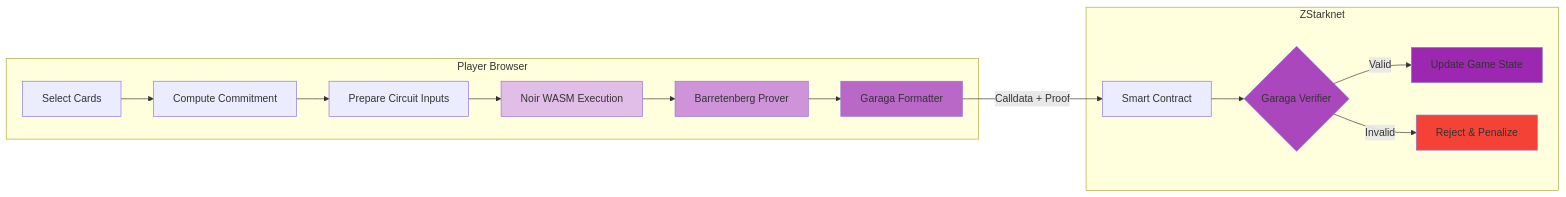
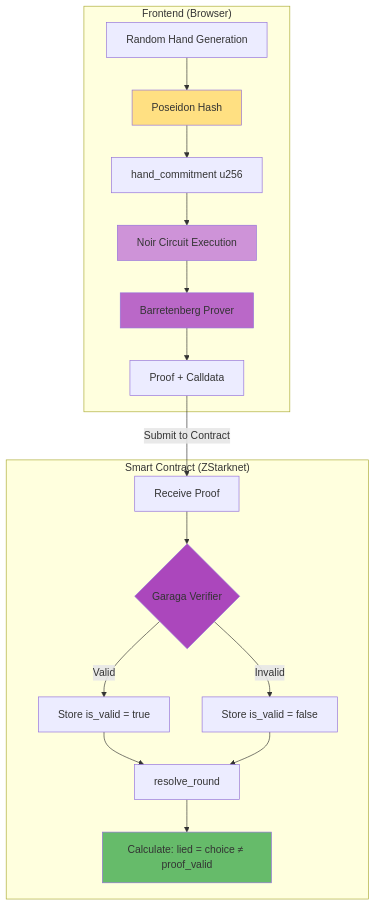
Before and after one commit to dubzn/liars-proof: the fourth of 5 diagrams in GAME_FLOW.md, drawn with Mermaid. The commit also changed other lines of this file, not shown here.

Commit message:
refactor: Simplify game flow documentation to a single-player perspective, defining lying and adding a phase summary table.

````diff
--- a/GAME_FLOW.md
+++ b/GAME_FLOW.md
@@ -308,25 +232,27 @@
 ```mermaid
-flowchart LR
-    subgraph Player["Player Browser"]
-        A[Select Cards] --> B[Compute Commitment]
-        B --> C[Prepare Circuit Inputs]
-        C --> D[Noir WASM Execution]
+flowchart TB
+    subgraph Frontend["Frontend (Browser)"]
+        A[Random Hand Generation] --> B[Poseidon Hash]
+        B --> C[hand_commitment u256]
+        C --> D[Noir Circuit Execution]
         D --> E[Barretenberg Prover]
-        E --> F[Garaga Formatter]
+        E --> F[Proof + Calldata]
     end
 
-    subgraph Blockchain["ZStarknet"]
-        G[Smart Contract] --> H{Garaga Verifier}
-        H -->|Valid| I[Update Game State]
-        H -->|Invalid| J[Reject & Penalize]
+    subgraph Contract["Smart Contract (ZStarknet)"]
+        G[Receive Proof] --> H{Garaga Verifier}
+        H -->|Valid| I[Store is_valid = true]
+        H -->|Invalid| J[Store is_valid = false]
+        I --> K[resolve_round]
+        J --> K
+        K --> L[Calculate: lied = choice ≠ proof_valid]
     end
 
-    F -->|Calldata + Proof| G
+    F -->|Submit to Contract| G
 
-    style D fill:#e1bee7
-    style E fill:#ce93d8
-    style F fill:#ba68c8
-    style H fill:#ab47bc
-    style I fill:#9c27b0
-    style J fill:#f44336
+    style B fill:#FFE082
+    style D fill:#CE93D8
+    style E fill:#BA68C8
+    style H fill:#AB47BC
+    style L fill:#66BB6A
 ```
````
